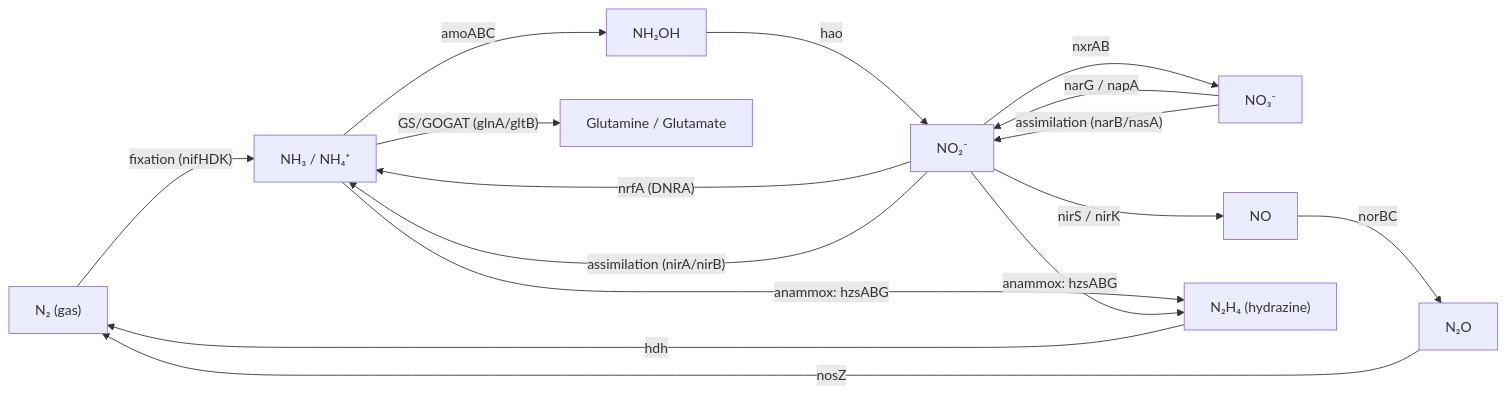
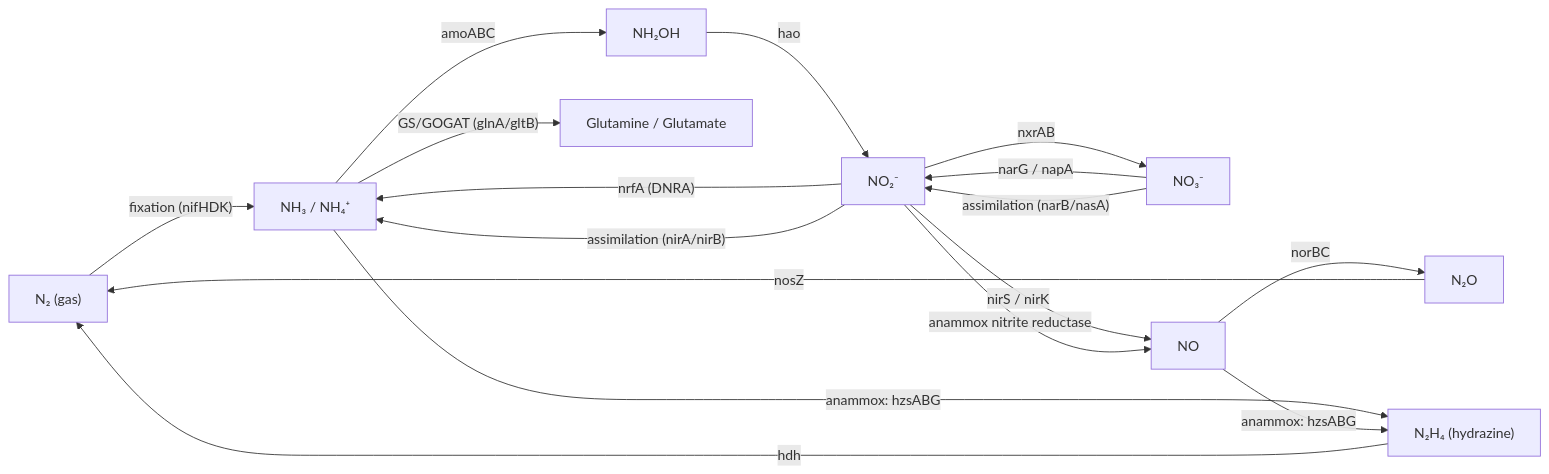
Before and after one commit to ai4curation/ai-gene-review: the diagram in projects/NITROGEN_CYCLE.md, drawn with Mermaid. The commit also changed other lines of this file and 894 other files, not shown here.

````diff
--- a/projects/NITROGEN_CYCLE.md
+++ b/projects/NITROGEN_CYCLE.md
@@ -77,27 +95,28 @@
 ```mermaid
 flowchart LR
     N2["N₂ (gas)"]
     NH3["NH₃ / NH₄⁺"]
     NH2OH["NH₂OH"]
     NO2["NO₂⁻"]
     NO3["NO₃⁻"]
     NO["NO"]
     N2O["N₂O"]
     N2H4["N₂H₄ (hydrazine)"]
 
     N2 -- "fixation (nifHDK)" --> NH3
     NH3 -- "amoABC" --> NH2OH
     NH2OH -- "hao" --> NO2
     NO2 -- "nxrAB" --> NO3
     NO3 -- "narG / napA" --> NO2
     NO2 -- "nirS / nirK" --> NO
     NO -- "norBC" --> N2O
     N2O -- "nosZ" --> N2
     NO2 -- "nrfA (DNRA)" --> NH3
+    NO2 -- "anammox nitrite reductase" --> NO
     NH3 -- "anammox: hzsABG" --> N2H4
-    NO2 -- "anammox: hzsABG" --> N2H4
+    NO -- "anammox: hzsABG" --> N2H4
     N2H4 -- "hdh" --> N2
     NO3 -- "assimilation (narB/nasA)" --> NO2
     NO2 -- "assimilation (nirA/nirB)" --> NH3
     NH3 -- "GS/GOGAT (glnA/gltB)" --> Gln["Glutamine / Glutamate"]
 ```
````
